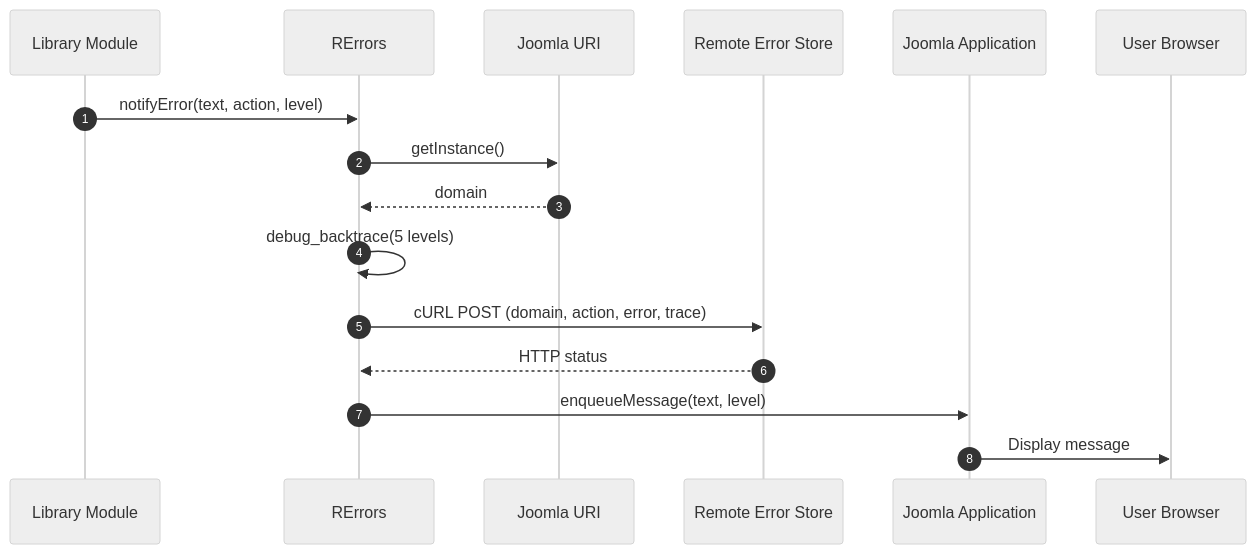
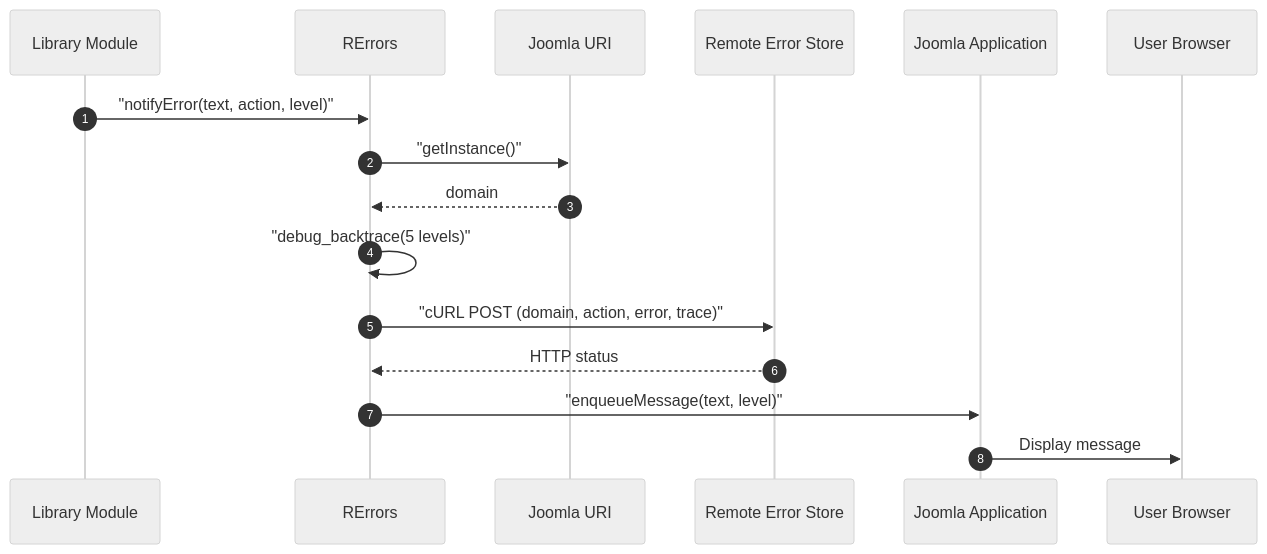
One commit to pauljrhodes/ramblers-library changed the second of 3 diagrams in errors/HLD.md. Above: the diagram before and after it, drawn with Mermaid (neutral theme). The commit also changed other lines of this file and 33 other files, not shown here.

Commit message:
Normalize Mermaid diagrams for GitHub rendering

````diff
--- a/errors/HLD.md
+++ b/errors/HLD.md
@@ -101,19 +101,19 @@
 ```mermaid
 sequenceDiagram
     autonumber
     participant Module as Library Module
     participant RErrors as RErrors
     participant URI as Joomla URI
     participant ErrorStore as Remote Error Store
     participant JoomlaApp as Joomla Application
     participant User as User Browser
 
-    Module->>RErrors: notifyError(text, action, level)
-    RErrors->>URI: getInstance()
+    Module->>RErrors: "notifyError(text, action, level)"
+    RErrors->>URI: "getInstance()"
     URI-->>RErrors: domain
-    RErrors->>RErrors: debug_backtrace(5 levels)
-    RErrors->>ErrorStore: cURL POST (domain, action, error, trace)
+    RErrors->>RErrors: "debug_backtrace(5 levels)"
+    RErrors->>ErrorStore: "cURL POST (domain, action, error, trace)"
     ErrorStore-->>RErrors: HTTP status
-    RErrors->>JoomlaApp: enqueueMessage(text, level)
+    RErrors->>JoomlaApp: "enqueueMessage(text, level)"
     JoomlaApp->>User: Display message
 ```
````
